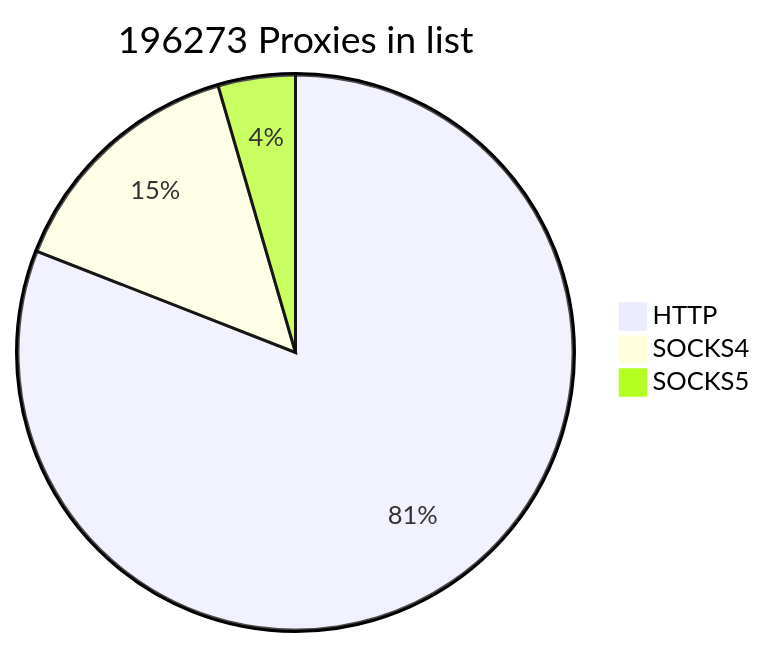
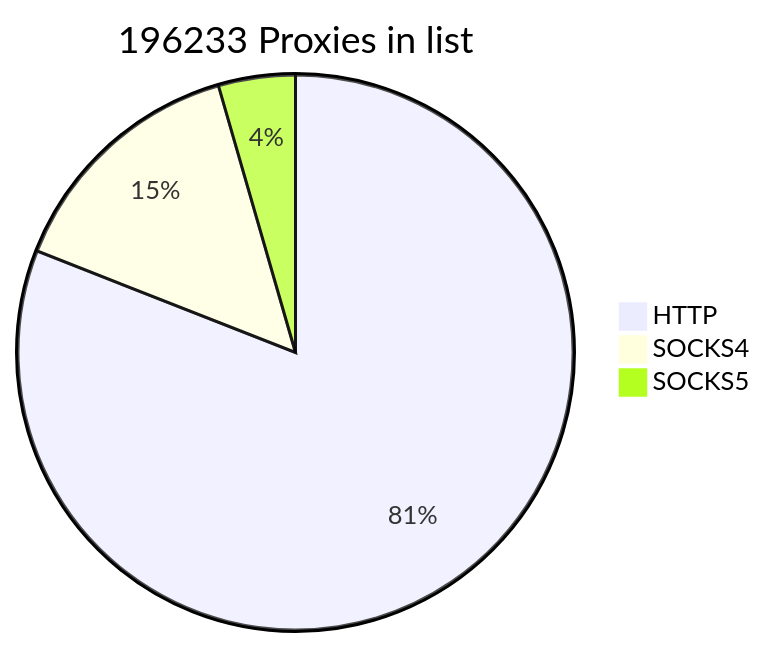
One commit to cutipu/proxylist changed the first of 2 diagrams in README.md. Above: the diagram before and after it, drawn with Mermaid. The commit also changed other lines of this file, not shown here.

````diff
--- a/README.md
+++ b/README.md
@@ -2,7 +2,7 @@
 ```mermaid
-pie title 196273 Proxies in list
-    "HTTP" : 158866
+pie title 196233 Proxies in list
+    "HTTP" : 158867
     "SOCKS4" : 28588
-    "SOCKS5" : 8819
+    "SOCKS5" : 8778
             
 ```
````
